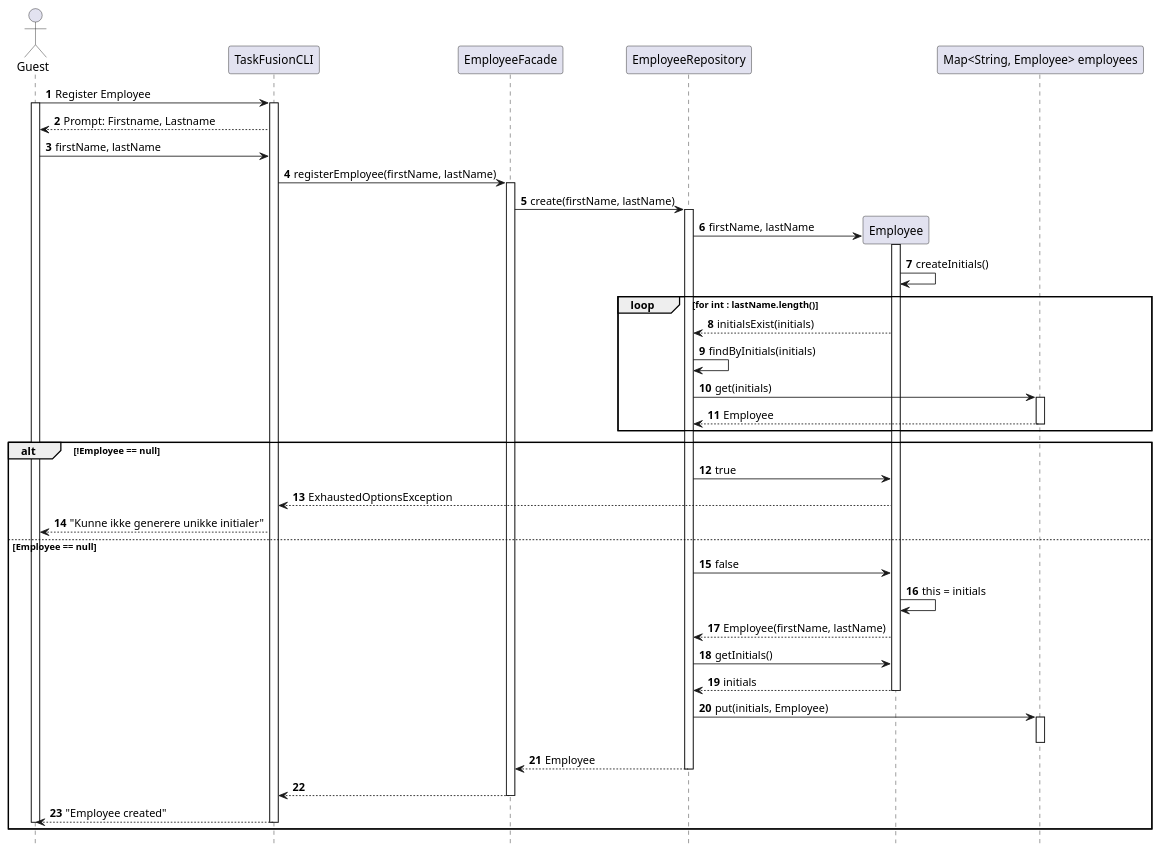
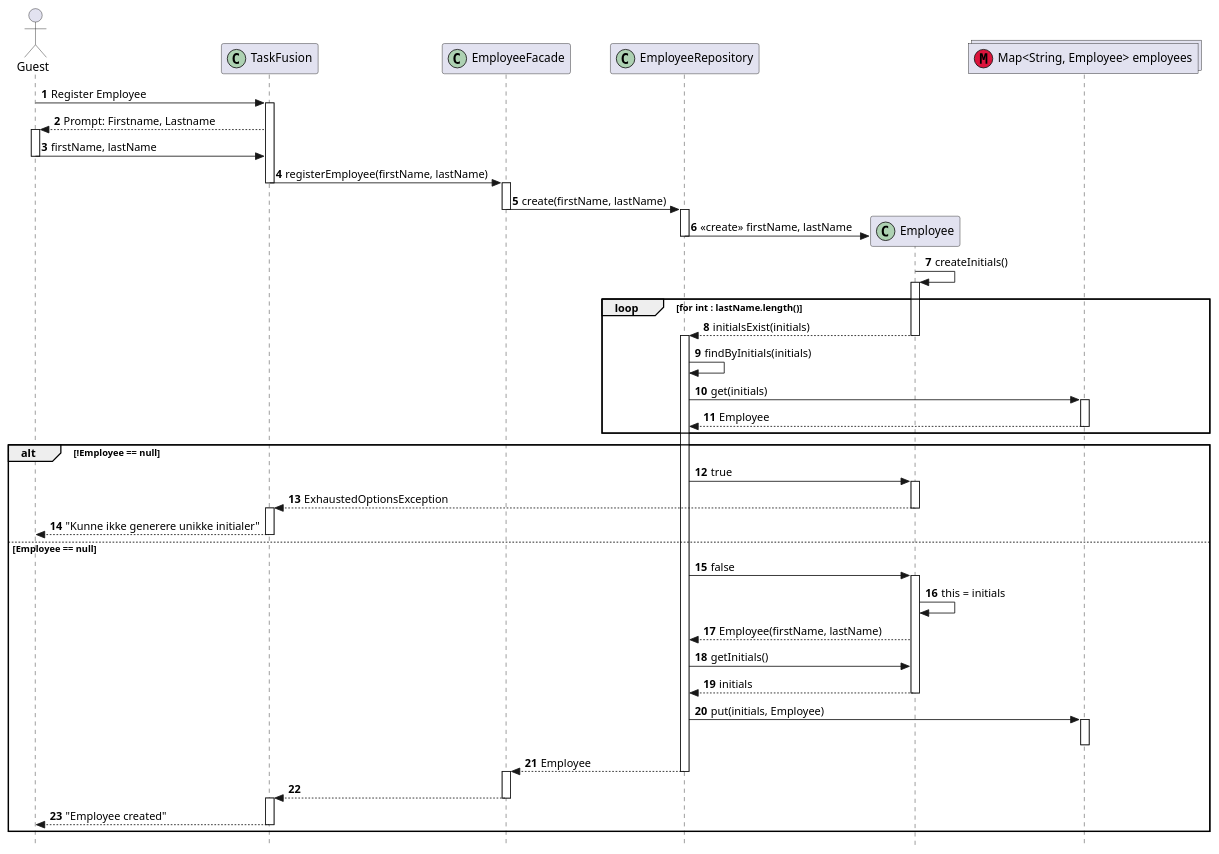
Before and after one commit to rwiuff/02161ExamProject: the diagram in RequirementsAndDesign/SequenceDiagrams/registerEmployee.puml, drawn with PlantUML. The commit also changed 25 other files, not shown here.

Commit message:
Seq diagrams

```diff
--- a/RequirementsAndDesign/SequenceDiagrams/registerEmployee.puml
+++ b/RequirementsAndDesign/SequenceDiagrams/registerEmployee.puml
@@ -1,52 +1,43 @@
 @startuml seqRegisterEmployee
 autonumber
 hide footbox
+skinparam style strictuml
+hide unlinked
 actor "Guest" as guest
-participant "TaskFusionCLI" as app
-participant "EmployeeFacade" as empfacade
-participant "EmployeeRepository" as emprepo
-participant "Employee" as emp
-participant "Map<String, Employee> employees" as emps
-guest -> app: Register Employee
-activate guest
-activate app
-app --> guest: Prompt: Firstname, Lastname
-guest -> app: firstName, lastName
-app -> empfacade: registerEmployee(firstName, lastName)
-activate empfacade
-empfacade -> emprepo: create(firstName, lastName)
-activate emprepo
-emprepo -> emp**: firstName, lastName
-activate emp
-emp -> emp: createInitials()
+participant "TaskFusion" as app << (C,#ADD1B2) >>
+participant "EmployeeFacade" as empfacade << (C,#ADD1B2) >>
+participant "EmployeeRepository" as emprepo << (C,#ADD1B2) >>
+participant "Employee" as emp << (C,#ADD1B2) >>
+collections "Map<String, Employee> employees" as emps << (M,Crimson) >>
+
+guest -> app++: Register Employee
+app --> guest++: Prompt: Firstname, Lastname
+guest -> app--: firstName, lastName
+app -> empfacade--++: registerEmployee(firstName, lastName)
+empfacade -> emprepo--++: create(firstName, lastName)
+emprepo -> emp**: <<create>> firstName, lastName
+deactivate emprepo
+emp -> emp++: createInitials()
 loop for int : lastName.length()
-emp --> emprepo: initialsExist(initials)
-emprepo -> emprepo: findByInitials(initials)
-emprepo -> emps: get(initials)
-activate emps
-emps --> emprepo: Employee
-deactivate emps
+    emp --> emprepo--++: initialsExist(initials)
+    emprepo -> emprepo: findByInitials(initials)
+    emprepo -> emps++: get(initials)
+    emps --> emprepo--: Employee
 end
 alt !Employee == null
-emprepo -> emp: true
-emp --> app: ExhaustedOptionsException
-app --> guest: "Kunne ikke generere unikke initialer"
+    emprepo -> emp++: true
+    emp --> app--++: ExhaustedOptionsException
+    app --> guest--: "Kunne ikke generere unikke initialer"
 else Employee == null
-emprepo -> emp: false
-emp -> emp: this = initials
-emp --> emprepo: Employee(firstName, lastName)
-emprepo -> emp: getInitials()
-emp --> emprepo: initials
-deactivate emp
-emprepo -> emps: put(initials, Employee)
-activate emps
-deactivate emps
-emprepo --> empfacade: Employee
-deactivate emprepo
-return
-deactivate empfacade
-app --> guest: "Employee created"
-deactivate app
-deactivate guest
+    emprepo -> emp++: false
+    emp -> emp: this = initials
+    emp --> emprepo: Employee(firstName, lastName)
+    emprepo -> emp: getInitials()
+    emp --> emprepo--: initials
+    emprepo -> emps++: put(initials, Employee)
+    deactivate emps
+    emprepo --> empfacade--++: Employee
+    empfacade --> app --++
+    app --> guest--: "Employee created"
 end
 @enduml
```
